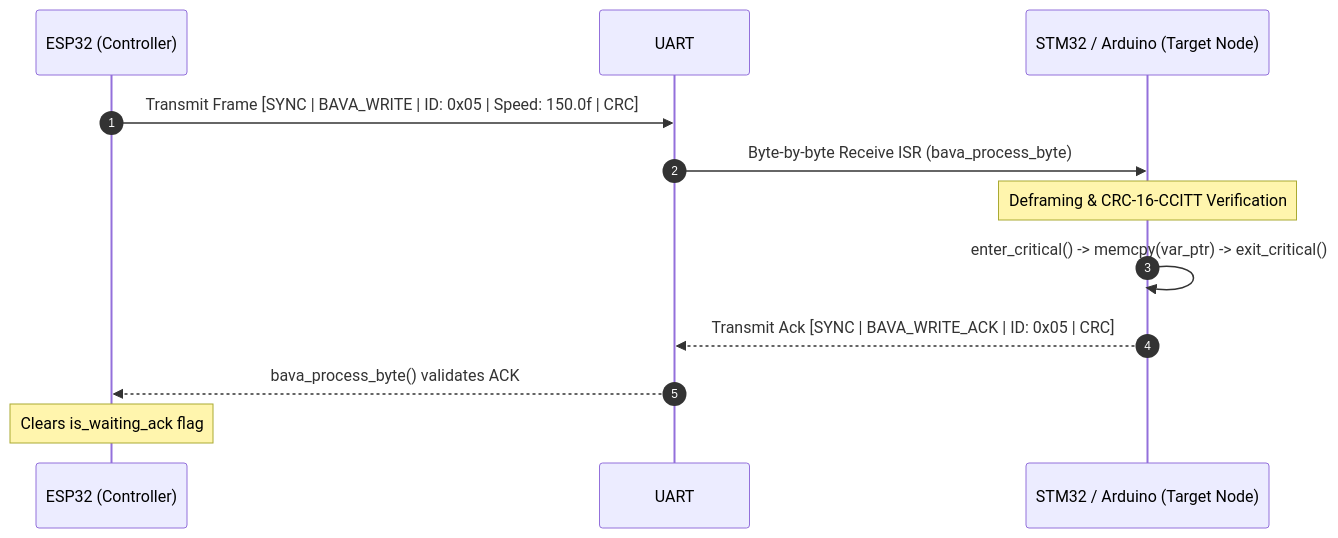
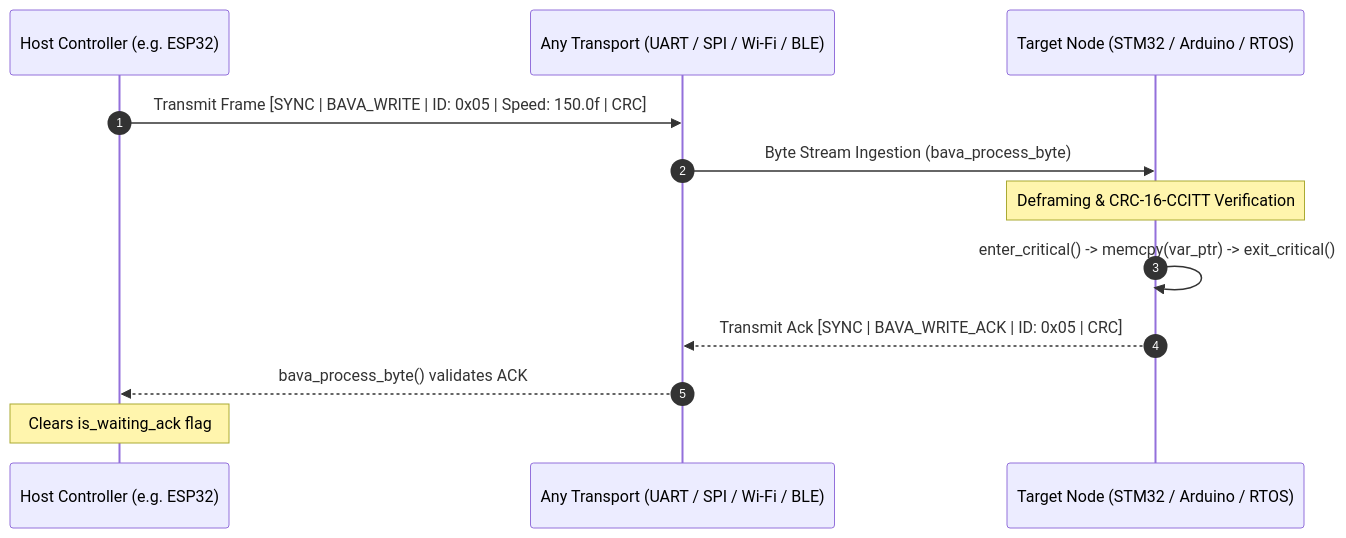
Before and after one commit to NishanthRaj707/bavaprotocol: the diagram in README.md, drawn with Mermaid. The commit also changed other lines of this file and 10 other files, not shown here.

````diff
--- a/README.md
+++ b/README.md
@@ -87,15 +148,15 @@
 ```mermaid
 sequenceDiagram
     autonumber
-    participant ESP32 as ESP32 (Controller)
-    participant Bus as UART
-    participant STM32 as STM32 / Arduino (Target Node)
+    participant Controller as Host Controller (e.g. ESP32)
+    participant Bus as Any Transport (UART / SPI / Wi-Fi / BLE)
+    participant Node as Target Node (STM32 / Arduino / RTOS)
 
-    ESP32->>Bus: Transmit Frame [SYNC | BAVA_WRITE | ID: 0x05 | Speed: 150.0f | CRC]
-    Bus->>STM32: Byte-by-byte Receive ISR (bava_process_byte)
-    Note over STM32: Deframing & CRC-16-CCITT Verification
-    STM32->>STM32: enter_critical() -> memcpy(var_ptr) -> exit_critical()
-    STM32-->>Bus: Transmit Ack [SYNC | BAVA_WRITE_ACK | ID: 0x05 | CRC]
-    Bus-->>ESP32: bava_process_byte() validates ACK
-    Note over ESP32: Clears is_waiting_ack flag
+    Controller->>Bus: Transmit Frame [SYNC | BAVA_WRITE | ID: 0x05 | Speed: 150.0f | CRC]
+    Bus->>Node: Byte Stream Ingestion (bava_process_byte)
+    Note over Node: Deframing & CRC-16-CCITT Verification
+    Node->>Node: enter_critical() -> memcpy(var_ptr) -> exit_critical()
+    Node-->>Bus: Transmit Ack [SYNC | BAVA_WRITE_ACK | ID: 0x05 | CRC]
+    Bus-->>Controller: bava_process_byte() validates ACK
+    Note over Controller: Clears is_waiting_ack flag
 ```
````
